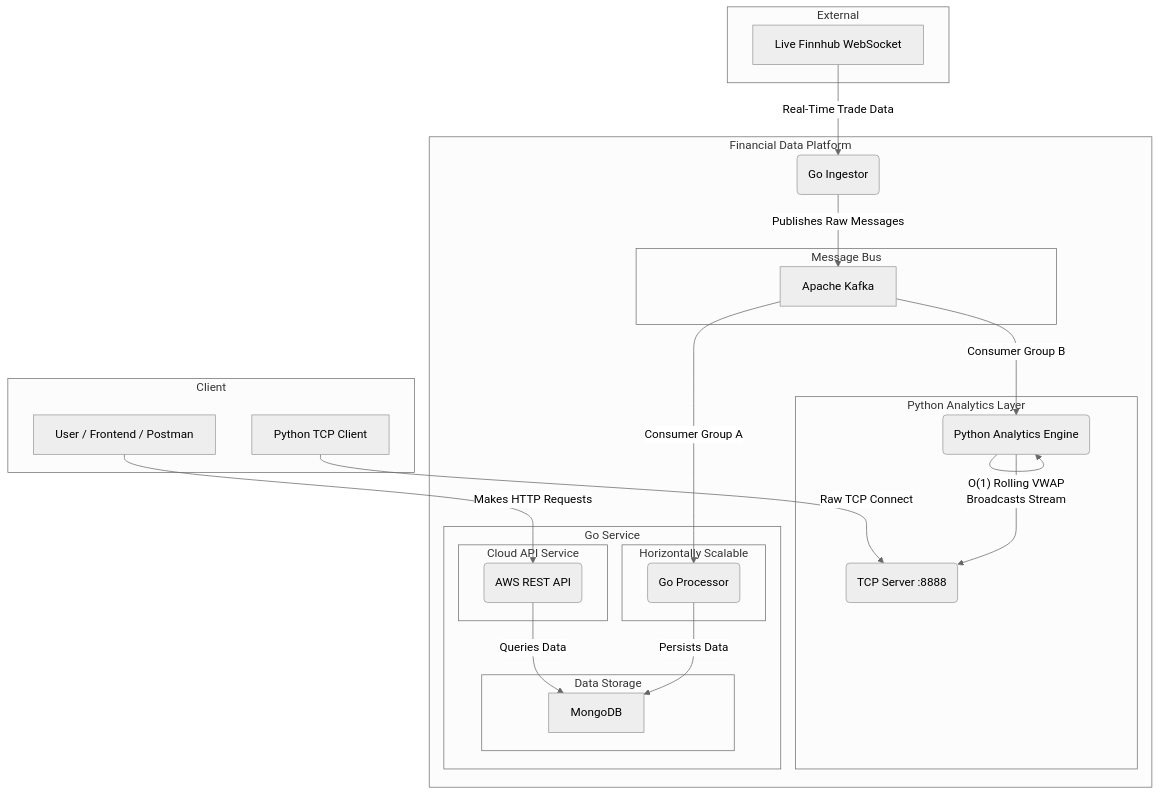
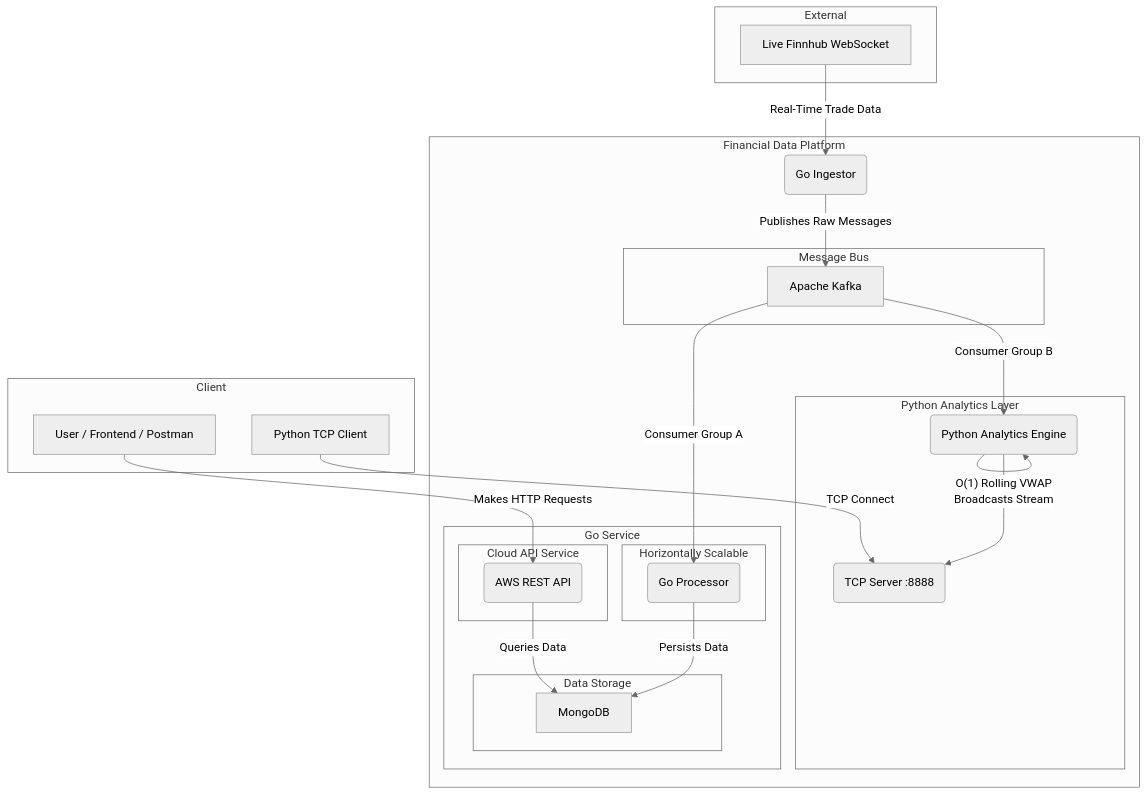
The diagram in README.md (WillSyd2023/financial-data-backend-2), drawn with Mermaid (neutral theme) before and after one commit. The commit also changed other lines of this file, not shown here.

````diff
--- a/README.md
+++ b/README.md
@@ -21,45 +21,45 @@
 ```mermaid
 graph TD
     subgraph External
         A[Live Finnhub WebSocket]
     end
 
     subgraph "Financial Data Platform"
         B(Go Ingestor)
         subgraph "Message Bus"
             C[Apache Kafka]
         end
         subgraph "Go Service"
             subgraph "Horizontally Scalable"
                 D(Go Processor)
             end
             subgraph "Data Storage"
                 E[MongoDB]
             end
             subgraph "Cloud API Service"
                 F(AWS REST API)
             end
         end
         subgraph "Python Analytics Layer"
             H(Python Analytics Engine)
             I(TCP Server :8888)
         end
     end
 
     subgraph Client
         G[User / Frontend / Postman]
         J[Python TCP Client]
     end
 
     A -- Real-Time Trade Data --> B
     B -- Publishes Raw Messages --> C
     C -- Consumer Group A --> D
     D -- Persists Data --> E
     F -- Queries Data --> E
     G -- Makes HTTP Requests --> F
 
     C -- Consumer Group B --> H
     H -- O(1) Rolling VWAP --> H
     H -- Broadcasts Stream --> I
-    J -- Raw TCP Connect --> I
+    J -- TCP Connect --> I
 ```
````
